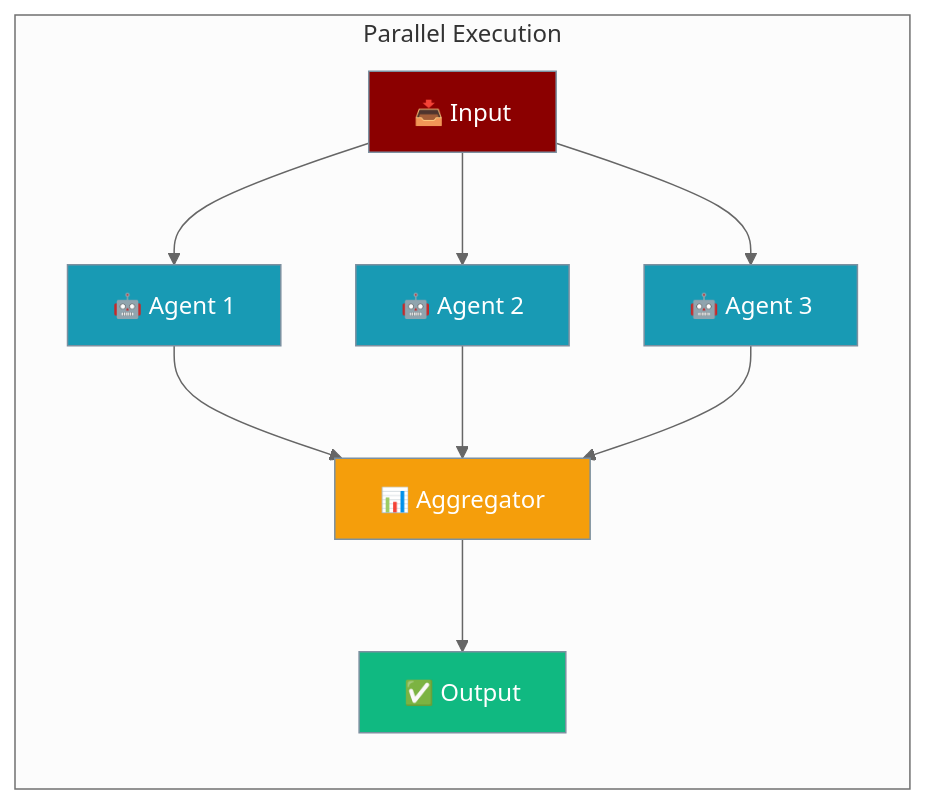
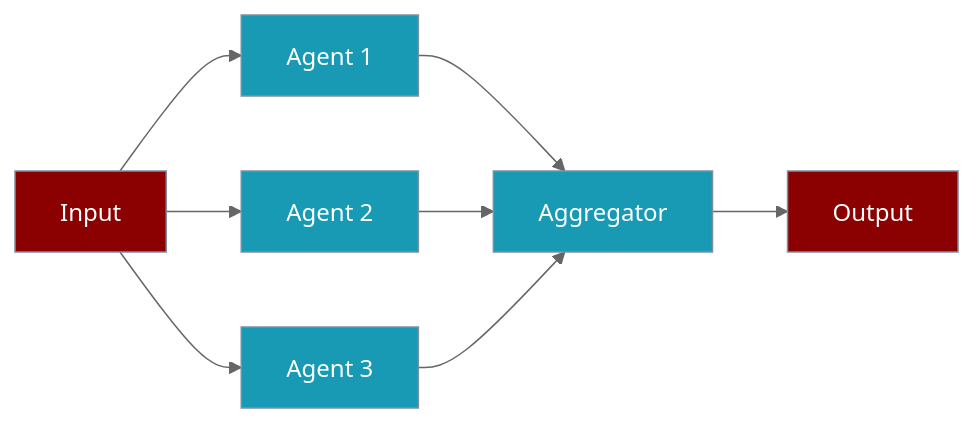
The first of 2 diagrams in docs/features/parallelisation.mdx (MervinPraison/PraisonAIDocs), drawn with Mermaid (neutral theme) before and after one commit. The commit also changed other lines of this file and 4 other files, not shown here.

````diff
--- a/docs/features/parallelisation.mdx
+++ b/docs/features/parallelisation.mdx
@@ -8,22 +24,17 @@
 ```mermaid
 graph LR
-    subgraph "Parallel Execution"
-        In["📥 Input"] --> LLM1["🤖 Agent 1"]
-        In --> LLM2["🤖 Agent 2"]
-        In --> LLM3["🤖 Agent 3"]
-        LLM1 --> Aggregator["📊 Aggregator"]
-        LLM2 --> Aggregator
-        LLM3 --> Aggregator
-        Aggregator --> Out["✅ Output"]
-    end
+    In["Input"] --> A1["Agent 1"]
+    In --> A2["Agent 2"]
+    In --> A3["Agent 3"]
+    A1 --> Agg["Aggregator"]
+    A2 --> Agg
+    A3 --> Agg
+    Agg --> Out["Output"]
 
-    classDef input fill:#8B0000,stroke:#7C90A0,color:#fff
-    classDef agent fill:#189AB4,stroke:#7C90A0,color:#fff
-    classDef agg fill:#F59E0B,stroke:#7C90A0,color:#fff
+    classDef agent fill:#8B0000,stroke:#7C90A0,color:#fff
+    classDef process fill:#189AB4,stroke:#7C90A0,color:#fff
     classDef output fill:#10B981,stroke:#7C90A0,color:#fff
 
-    class In input
-    class LLM1,LLM2,LLM3 agent
-    class Aggregator agg
-    class Out output
+    class In,Out agent
+    class A1,A2,A3,Agg process
 ```
````
